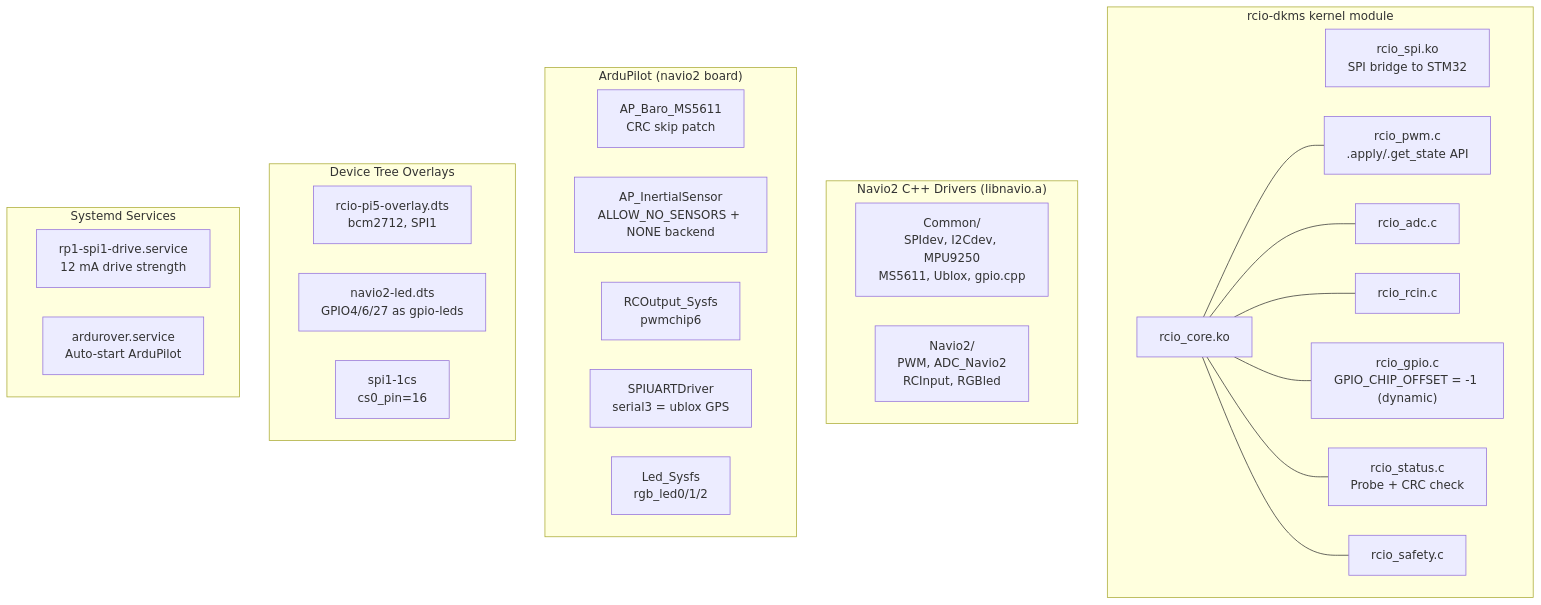
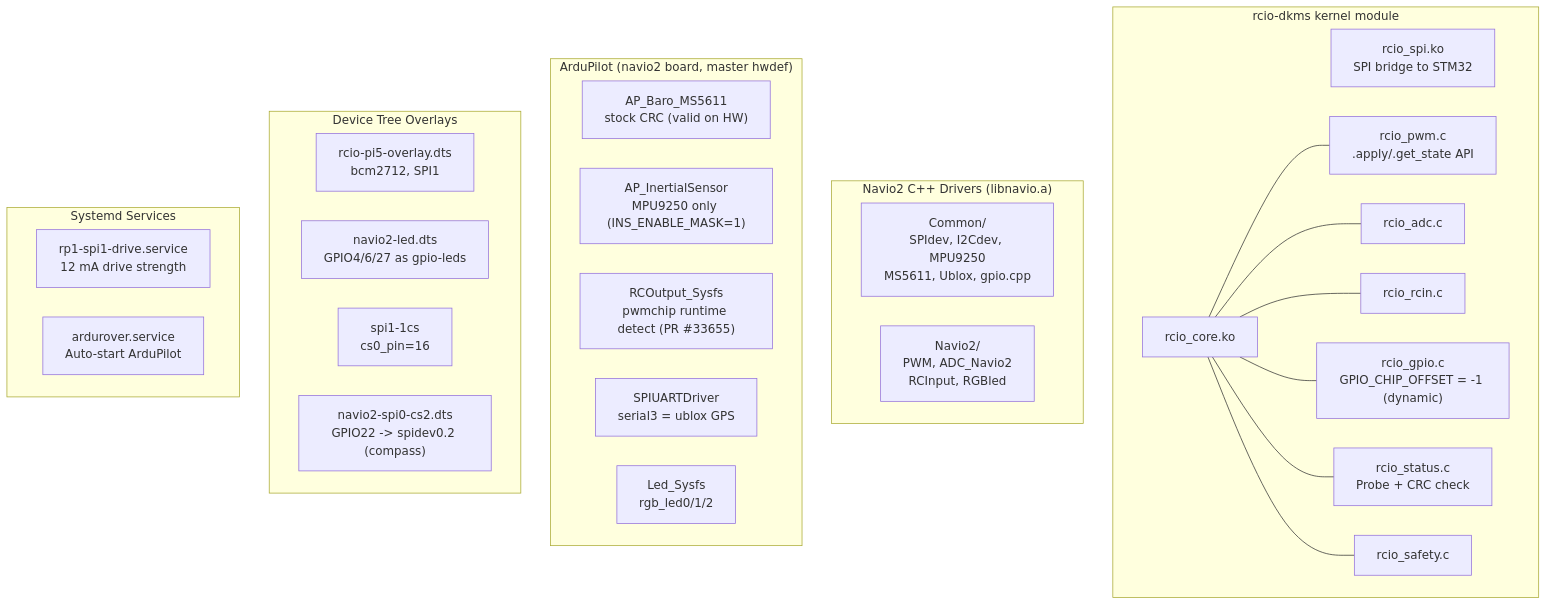
One commit to axonbf/navio2-rpi5-ardupilot changed the fourth of 4 diagrams in docs/TECHNICAL_ARCHITECTURE.md. Above: the diagram before and after it, drawn with Mermaid. The commit also changed other lines of this file and 5 other files, not shown here.

First line of the commit message:
docs: sync architecture/design/objective docs to current state

````diff
--- a/docs/TECHNICAL_ARCHITECTURE.md
+++ b/docs/TECHNICAL_ARCHITECTURE.md
@@ -172,44 +173,45 @@
 ```mermaid
 %%{init: {"flowchart": {"nodeSpacing": 40, "rankSpacing": 55, "htmlLabels": true}}}%%
 flowchart TB
     subgraph RCIO["rcio-dkms kernel module"]
         RC1["rcio_spi.ko<br/>SPI bridge to STM32"]
         RC2["rcio_core.ko"]
         RC3["rcio_pwm.c<br/>.apply/.get_state API"]
         RC4["rcio_adc.c"]
         RC5["rcio_rcin.c"]
         RC6["rcio_gpio.c<br/>GPIO_CHIP_OFFSET = -1 (dynamic)"]
         RC7["rcio_status.c<br/>Probe + CRC check"]
         RC8["rcio_safety.c"]
         RC2 --- RC3
         RC2 --- RC4
         RC2 --- RC5
         RC2 --- RC6
         RC2 --- RC7
         RC2 --- RC8
     end
 
     subgraph DRV["Navio2 C++ Drivers (libnavio.a)"]
         D1["Common/<br/>SPIdev, I2Cdev, MPU9250<br/>MS5611, Ublox, gpio.cpp"]
         D2["Navio2/<br/>PWM, ADC_Navio2<br/>RCInput, RGBled"]
     end
 
-    subgraph ARDU["ArduPilot (navio2 board)"]
-        AR1["AP_Baro_MS5611<br/>CRC skip patch"]
-        AR2["AP_InertialSensor<br/>ALLOW_NO_SENSORS + NONE backend"]
-        AR3["RCOutput_Sysfs<br/>pwmchip6"]
+    subgraph ARDU["ArduPilot (navio2 board, master hwdef)"]
+        AR1["AP_Baro_MS5611<br/>stock CRC (valid on HW)"]
+        AR2["AP_InertialSensor<br/>MPU9250 only (INS_ENABLE_MASK=1)"]
+        AR3["RCOutput_Sysfs<br/>pwmchip runtime detect (PR #33655)"]
         AR4["SPIUARTDriver<br/>serial3 = ublox GPS"]
         AR5["Led_Sysfs<br/>rgb_led0/1/2"]
     end
 
     subgraph DT["Device Tree Overlays"]
         T1["rcio-pi5-overlay.dts<br/>bcm2712, SPI1"]
         T2["navio2-led.dts<br/>GPIO4/6/27 as gpio-leds"]
         T3["spi1-1cs<br/>cs0_pin=16"]
+        T4["navio2-spi0-cs2.dts<br/>GPIO22 -> spidev0.2 (compass)"]
     end
 
     subgraph SVC["Systemd Services"]
         SV1["rp1-spi1-drive.service<br/>12 mA drive strength"]
         SV2["ardurover.service<br/>Auto-start ArduPilot"]
     end
 ```
````
